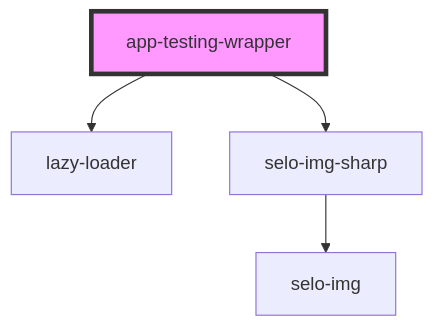
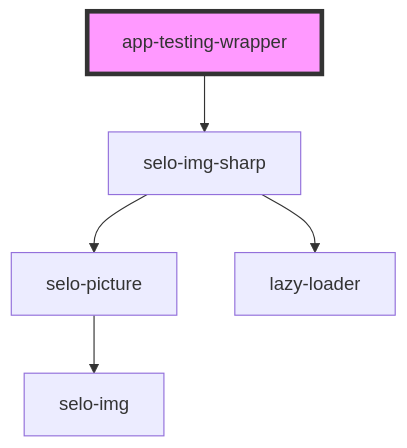
One commit to selodev/selo-image-sharp changed the diagram in src/components/app-testing-wrapper/readme.md. Above: the diagram before and after it, drawn with Mermaid. The commit also changed other lines of this file and 17 other files, not shown here.

````diff
--- a/src/components/app-testing-wrapper/readme.md
+++ b/src/components/app-testing-wrapper/readme.md
@@ -16,7 +24,8 @@
 ```mermaid
 graph TD;
-  app-testing-wrapper --> lazy-loader
   app-testing-wrapper --> selo-img-sharp
-  selo-img-sharp --> selo-img
+  selo-img-sharp --> selo-picture
+  selo-img-sharp --> lazy-loader
+  selo-picture --> selo-img
   style app-testing-wrapper fill:#f9f,stroke:#333,stroke-width:4px
 ```
````
